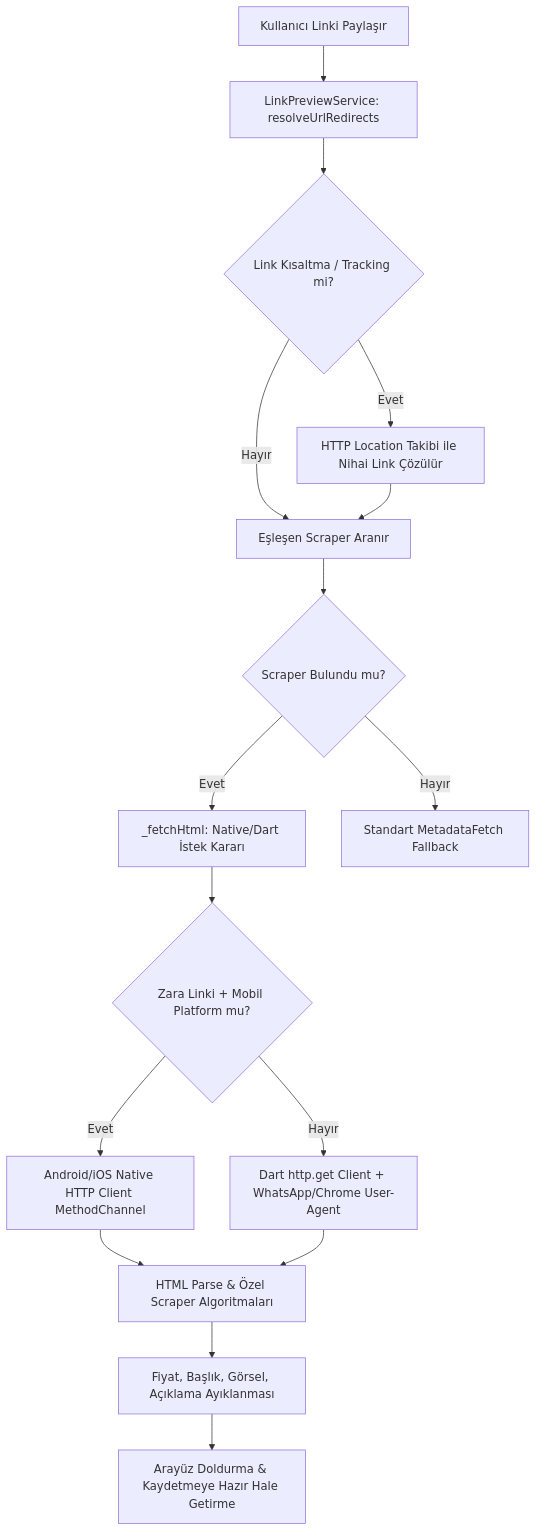
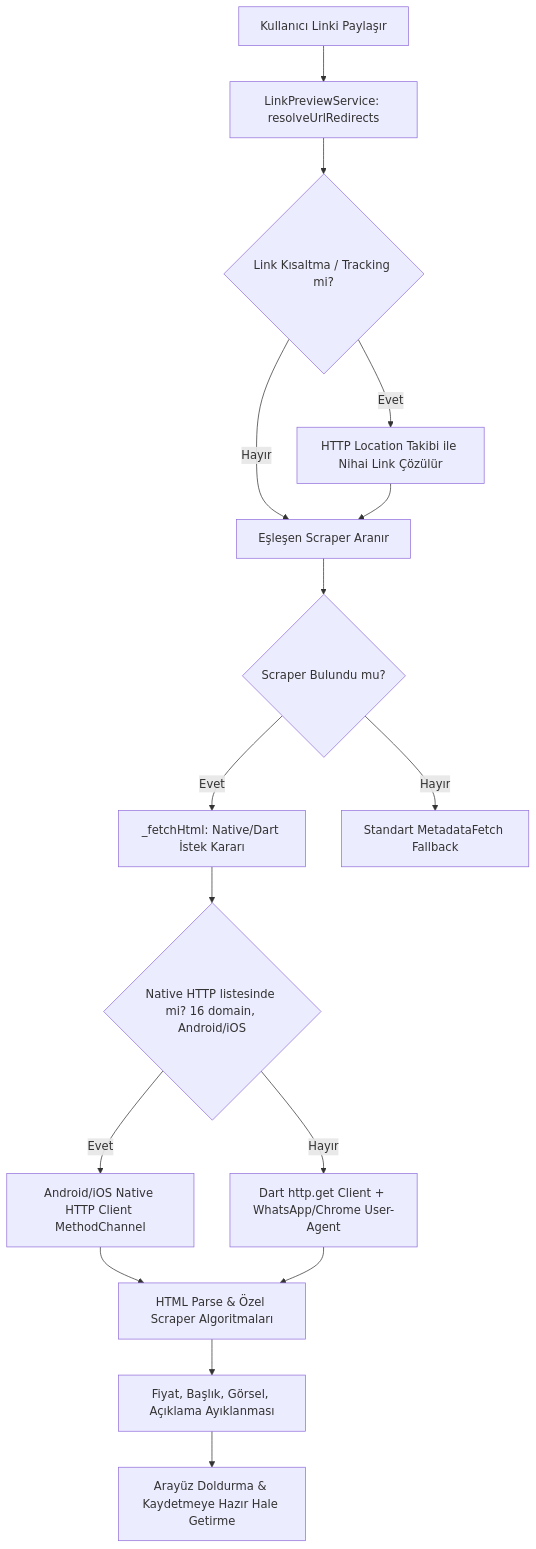
Before and after one commit to gky61/s-cak-f-rsatlar: the diagram in documentation/scraping-ve-botlar/scraping_rules_and_strategies.md, drawn with Mermaid. The commit also changed other lines of this file and 5 other files, not shown here.

````diff
--- a/documentation/scraping-ve-botlar/scraping_rules_and_strategies.md
+++ b/documentation/scraping-ve-botlar/scraping_rules_and_strategies.md
@@ -14,18 +14,18 @@
 ```mermaid
 graph TD
     A[Kullanıcı Linki Paylaşır] --> B[LinkPreviewService: resolveUrlRedirects]
     B --> C{Link Kısaltma / Tracking mi?}
     C -- Evet --> D[HTTP Location Takibi ile Nihai Link Çözülür]
     C -- Hayır --> E[Eşleşen Scraper Aranır]
     D --> E
     E --> F{Scraper Bulundu mu?}
     F -- Evet --> G[_fetchHtml: Native/Dart İstek Kararı]
     F -- Hayır --> H[Standart MetadataFetch Fallback]
-    G --> I{Zara Linki + Mobil Platform mu?}
+    G --> I{Native HTTP listesinde mi? 16 domain, Android/iOS}
     I -- Evet --> J[Android/iOS Native HTTP Client MethodChannel]
     I -- Hayır --> K[Dart http.get Client + WhatsApp/Chrome User-Agent]
     J --> L[HTML Parse & Özel Scraper Algoritmaları]
     K --> L
     L --> M[Fiyat, Başlık, Görsel, Açıklama Ayıklanması]
     M --> N[Arayüz Doldurma & Kaydetmeye Hazır Hale Getirme]
 ```
````
